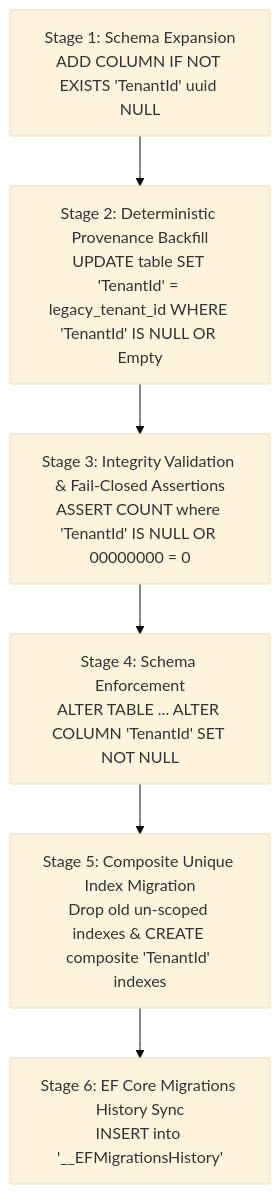
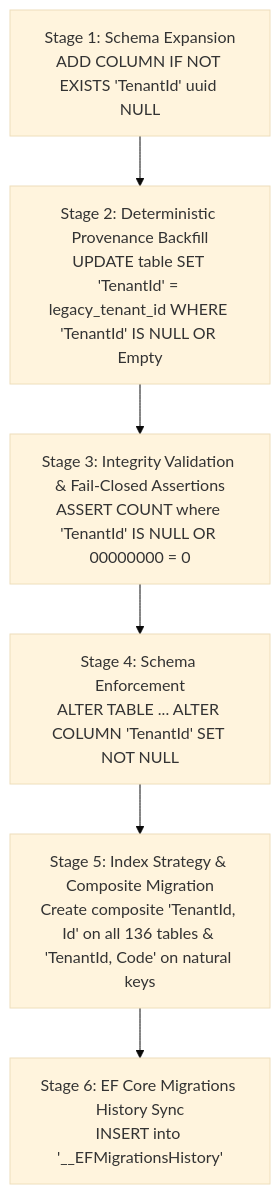
One commit to NextStep-Software-Solutions-Inc/ERPEZ changed the diagram in scripts/migrations/README.md. Above: the diagram before and after it, drawn with Mermaid (base theme). The commit also changed other lines of this file and 8 other files, not shown here.

First line of the commit message:
feat(migration): Enhance multi-stage tenant migration with composite indexes and verification scripts

````diff
--- a/scripts/migrations/README.md
+++ b/scripts/migrations/README.md
@@ -24,8 +46,8 @@
 ```mermaid
 flowchart TD
     S1[Stage 1: Schema Expansion<br/>ADD COLUMN IF NOT EXISTS 'TenantId' uuid NULL] --> S2[Stage 2: Deterministic Provenance Backfill<br/>UPDATE table SET 'TenantId' = legacy_tenant_id WHERE 'TenantId' IS NULL OR Empty]
     S2 --> S3[Stage 3: Integrity Validation & Fail-Closed Assertions<br/>ASSERT COUNT where 'TenantId' IS NULL OR 00000000 = 0]
     S3 --> S4[Stage 4: Schema Enforcement<br/>ALTER TABLE ... ALTER COLUMN 'TenantId' SET NOT NULL]
-    S4 --> S5[Stage 5: Composite Unique Index Migration<br/>Drop old un-scoped indexes & CREATE composite 'TenantId' indexes]
+    S4 --> S5[Stage 5: Index Strategy & Composite Migration<br/>Create composite 'TenantId, Id' on all 136 tables & 'TenantId, Code' on natural keys]
     S5 --> S6[Stage 6: EF Core Migrations History Sync<br/>INSERT into '__EFMigrationsHistory']
 ```
````
